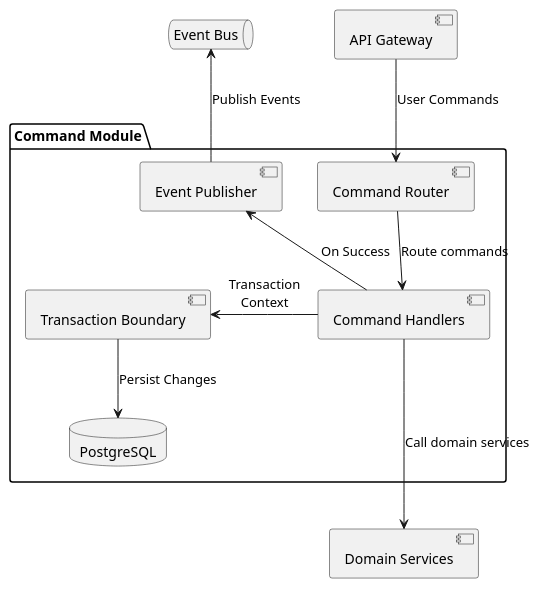
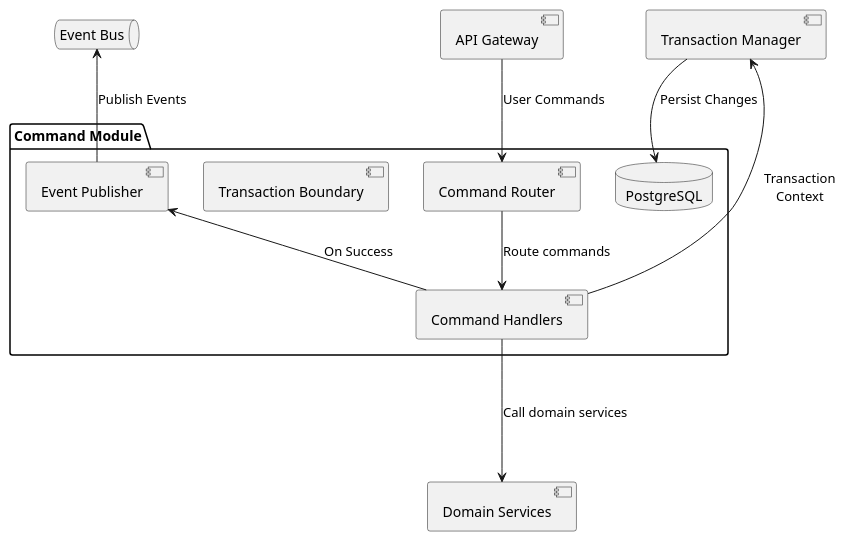
Before and after one commit to Osguima3/welz: the fourth of 7 diagrams in docs/architecture.md, drawn with PlantUML. The commit also changed other lines of this file and 111 other files, not shown here.

````diff
--- a/docs/architecture.md
+++ b/docs/architecture.md
@@ -571,21 +570,21 @@
 ```plantuml
 @startuml
 package "Command Module" {
     [Command Router]
     [Command Handlers]
     [Transaction Boundary]
     [Event Publisher]
     database "PostgreSQL"
 }
 
 queue "Event Bus"
 
 [API Gateway] --> [Command Router] : User Commands
 [Command Router] --> [Command Handlers] : Route commands
-[Command Handlers] -left-> [Transaction Boundary] : Transaction\nContext
-[Transaction Boundary] -down-> [PostgreSQL] : Persist Changes
+[Command Handlers] -left-> [Transaction Manager] : Transaction\nContext
+[Transaction Manager] -down-> [PostgreSQL] : Persist Changes
 [Command Handlers] -down--> [Domain Services] : Call domain services
 [Command Handlers] -up-> [Event Publisher] : On Success
 [Event Publisher] -up-> [Event Bus] : Publish Events
 @enduml
 ```
````
